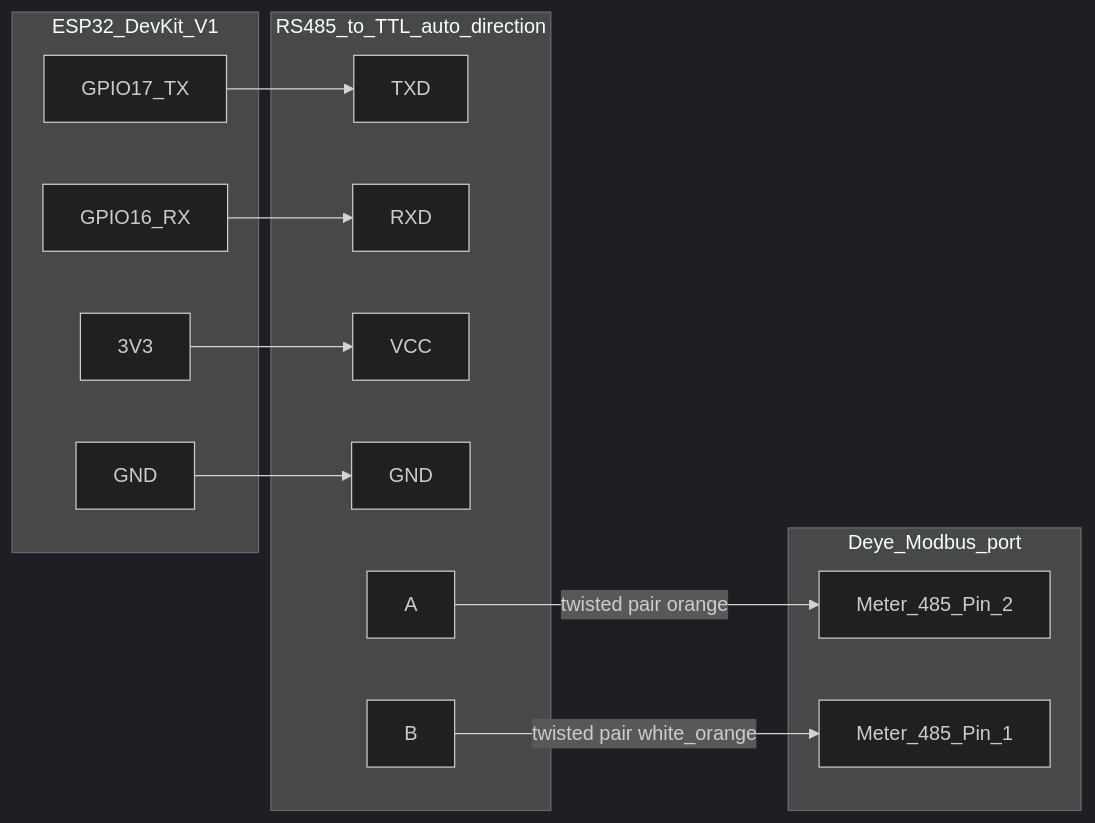
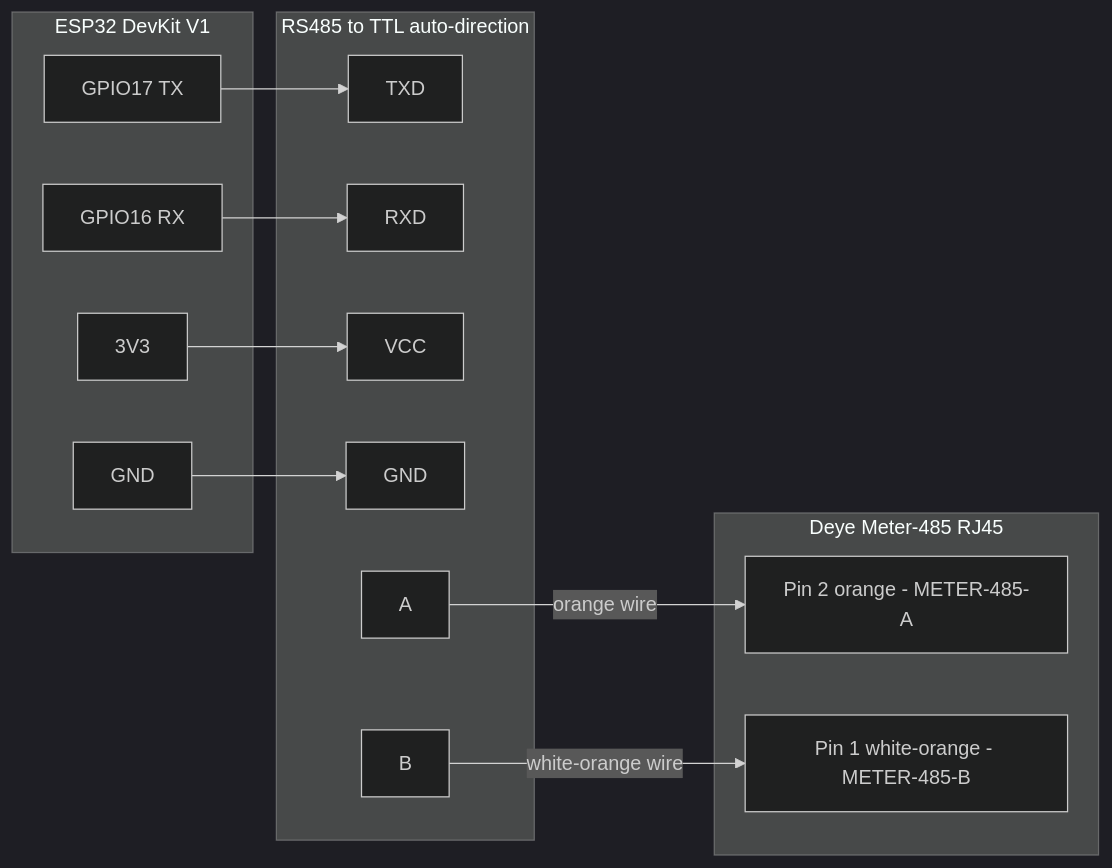
Before and after one commit to Lewa-Reka/esphome-opendtu-to-sdm630: the second of 2 diagrams in README.md, drawn with Mermaid (dark theme). The commit also changed other lines of this file, not shown here.

Commit message:
docs: improve mermaid

````diff
--- a/README.md
+++ b/README.md
@@ -93,27 +107,27 @@
 ```mermaid
 flowchart LR
-  subgraph esp32 [ESP32_DevKit_V1]
-    TX[GPIO17_TX]
-    RX[GPIO16_RX]
-    VCC[3V3]
-    GNDesp[GND]
+  subgraph esp32 ["ESP32 DevKit V1"]
+    TX["GPIO17 TX"]
+    RX["GPIO16 RX"]
+    VCC["3V3"]
+    GNDesp["GND"]
   end
-  subgraph conv [RS485_to_TTL_auto_direction]
-    TXD[TXD]
-    RXD[RXD]
-    VCCc[VCC]
-    GNDc[GND]
-    Aterm[A]
-    Bterm[B]
+  subgraph conv ["RS485 to TTL auto-direction"]
+    TXD["TXD"]
+    RXD["RXD"]
+    VCCc["VCC"]
+    GNDc["GND"]
+    Aterm["A"]
+    Bterm["B"]
   end
-  subgraph inv [Deye_Modbus_port]
-    RS485Pin2[Meter_485_Pin_2]
-    RS485Pin1[Meter_485_Pin_1]
+  subgraph inv ["Deye Meter-485 RJ45"]
+    RS485Pin2["Pin 2 orange - METER-485-A"]
+    RS485Pin1["Pin 1 white-orange - METER-485-B"]
   end
   TX --> TXD
   RX --> RXD
   VCC --> VCCc
   GNDesp --> GNDc
-  Aterm -->|"twisted pair orange"| RS485Pin2
-  Bterm -->|"twisted pair white_orange"| RS485Pin1
+  Aterm -->|orange wire| RS485Pin2
+  Bterm -->|white-orange wire| RS485Pin1
 ```
````
